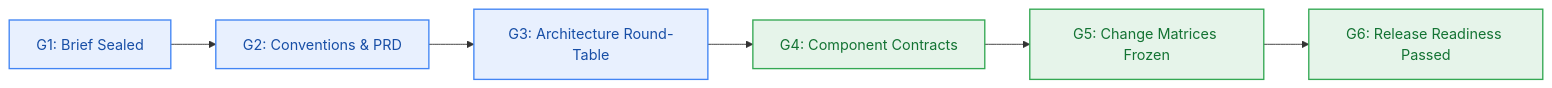
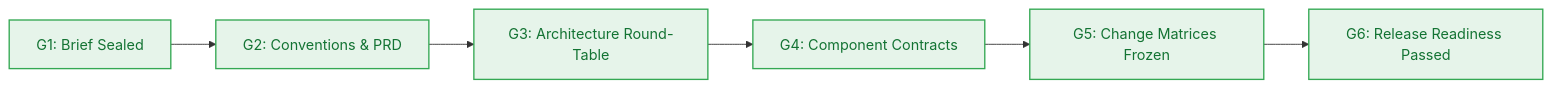
One commit to Glitch-guy0/Contextual changed the fourth of 4 diagrams in _documentation/planning/milestones/overview.md. Above: the diagram before and after it, drawn with Mermaid. The commit also changed other lines of this file and 35 other files, not shown here.

````diff
--- a/_documentation/planning/milestones/overview.md
+++ b/_documentation/planning/milestones/overview.md
@@ -192,14 +188,13 @@
 ```mermaid
 graph LR
     G1["G1: Brief Sealed"] --> G2["G2: Conventions & PRD"]
     G2 --> G3["G3: Architecture Round-Table"]
     G3 --> G4["G4: Component Contracts"]
     G4 --> G5["G5: Change Matrices Frozen"]
     G5 --> G6["G6: Release Readiness Passed"]
 
     classDef blue fill:#E8F0FE,stroke:#4285F4,stroke-width:1.5px,color:#174EA6;
     classDef green fill:#E6F4EA,stroke:#34A853,stroke-width:1.5px,color:#137333;
 
-    class G1,G2,G3 blue;
-    class G4,G5,G6 green;
+    class G1,G2,G3,G4,G5,G6 green;
 ```
````
